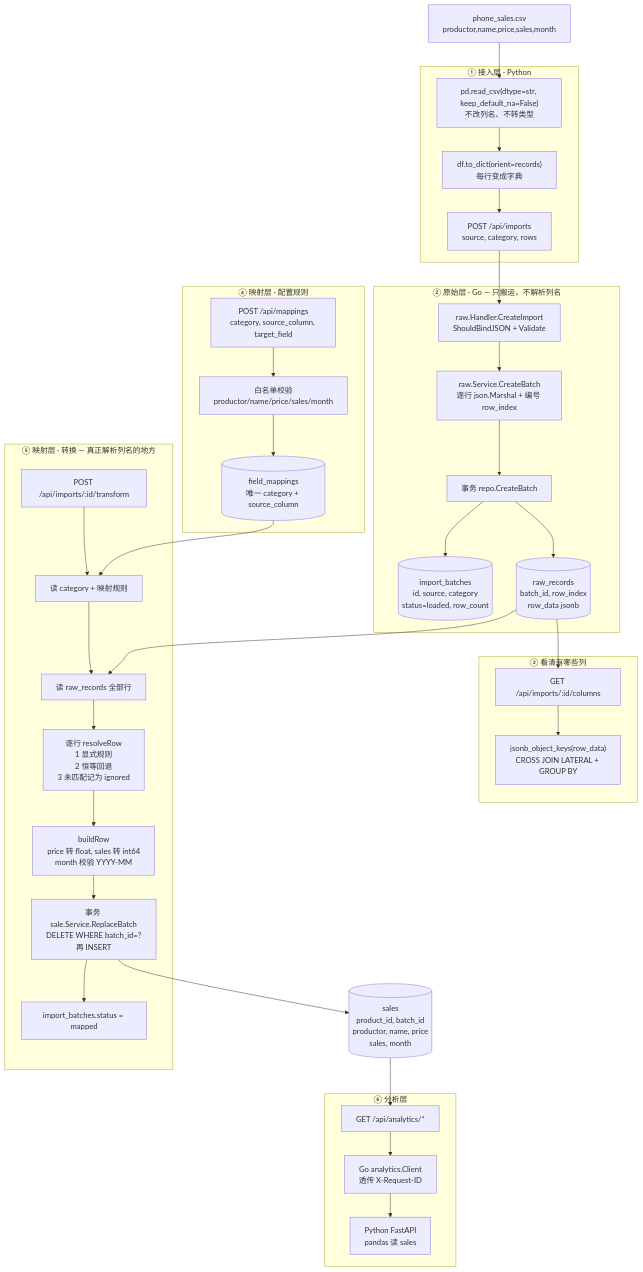
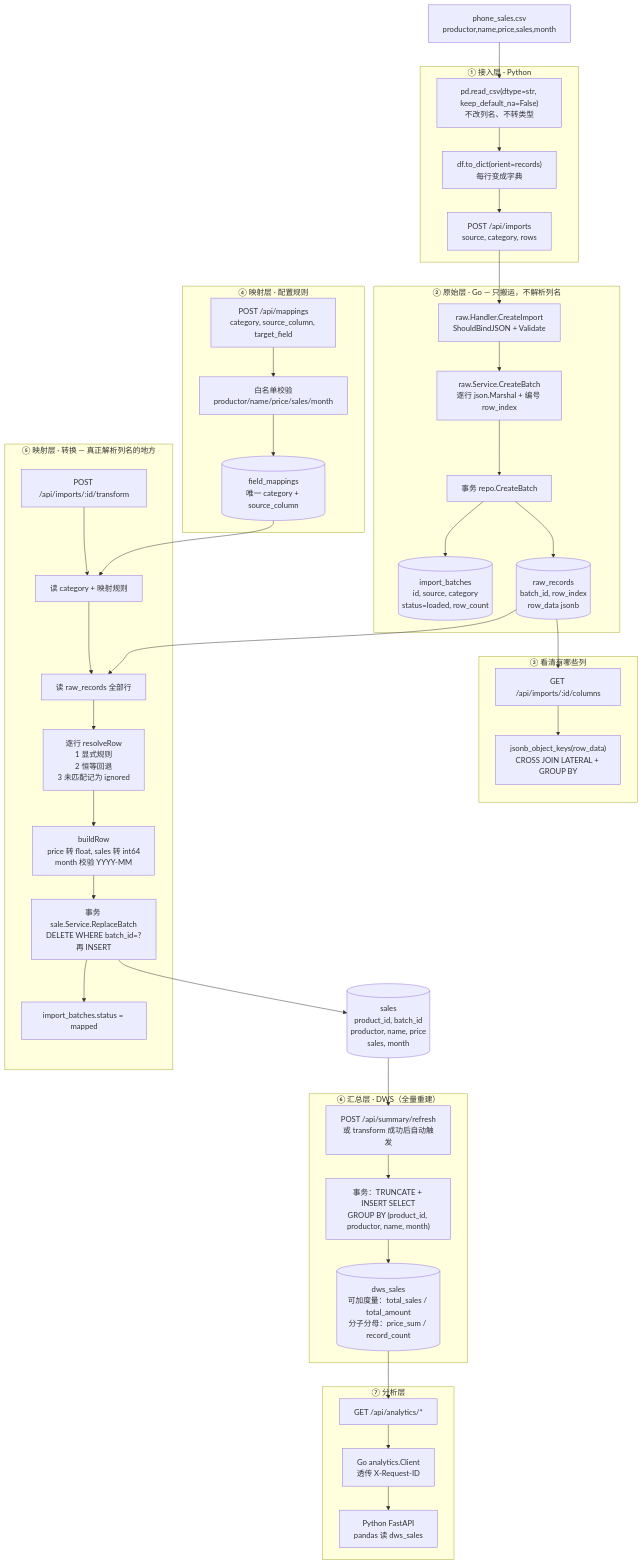
The second of 7 diagrams in docs/architecture.md (huql0605/pygo_product_manage_partform), drawn with Mermaid before and after one commit. The commit also changed other lines of this file and 7 other files, not shown here.

Commit message:
dws层加入，比较差异，更新架构图

````diff
--- a/docs/architecture.md
+++ b/docs/architecture.md
@@ -45,63 +48,71 @@
 ```mermaid
 flowchart TD
     CSV["phone_sales.csv<br/>productor,name,price,sales,month"]
 
     subgraph L1["① 接入层 · Python"]
         P1["pd.read_csv(dtype=str, keep_default_na=False)<br/>不改列名、不转类型"]
         P2["df.to_dict(orient=records)<br/>每行变成字典"]
         P3["POST /api/imports<br/>source, category, rows"]
         P1 --> P2 --> P3
     end
 
     subgraph L2["② 原始层 · Go — 只搬运，不解析列名"]
         R1["raw.Handler.CreateImport<br/>ShouldBindJSON + Validate"]
         R2["raw.Service.CreateBatch<br/>逐行 json.Marshal + 编号 row_index"]
         R3["事务 repo.CreateBatch"]
         B1[("import_batches<br/>id, source, category<br/>status=loaded, row_count")]
         B2[("raw_records<br/>batch_id, row_index<br/>row_data jsonb")]
         R1 --> R2 --> R3
         R3 --> B1
         R3 --> B2
     end
 
     subgraph L3["③ 看清有哪些列"]
         C1["GET /api/imports/:id/columns"]
         C2["jsonb_object_keys(row_data)<br/>CROSS JOIN LATERAL + GROUP BY"]
         C1 --> C2
     end
 
     subgraph L4["④ 映射层 · 配置规则"]
         M1["POST /api/mappings<br/>category, source_column, target_field"]
         M2["白名单校验<br/>productor/name/price/sales/month"]
         M3[("field_mappings<br/>唯一 category + source_column")]
         M1 --> M2 --> M3
     end
 
     subgraph L5["⑤ 映射层 · 转换 — 真正解析列名的地方"]
         T1["POST /api/imports/:id/transform"]
         T2["读 category + 映射规则"]
         T3["读 raw_records 全部行"]
         T4["逐行 resolveRow<br/>1 显式规则<br/>2 恒等回退<br/>3 未匹配记为 ignored"]
         T5["buildRow<br/>price 转 float, sales 转 int64<br/>month 校验 YYYY-MM"]
         T6["事务 sale.Service.ReplaceBatch<br/>DELETE WHERE batch_id=?<br/>再 INSERT"]
         T7["import_batches.status = mapped"]
         T1 --> T2 --> T3 --> T4 --> T5 --> T6 --> T7
     end
 
     SALES[("sales<br/>product_id, batch_id<br/>productor, name, price<br/>sales, month")]
 
-    subgraph L6["⑥ 分析层"]
+    subgraph L6["⑥ 汇总层 · DWS（全量重建）"]
+        W1["POST /api/summary/refresh<br/>或 transform 成功后自动触发"]
+        W2["事务：TRUNCATE + INSERT SELECT<br/>GROUP BY (product_id, productor, name, month)"]
+        W3[("dws_sales<br/>可加度量：total_sales / total_amount<br/>分子分母：price_sum / record_count")]
+        W1 --> W2 --> W3
+    end
+
+    subgraph L7["⑦ 分析层"]
         A1["GET /api/analytics/*"]
         A2["Go analytics.Client<br/>透传 X-Request-ID"]
-        A3["Python FastAPI<br/>pandas 读 sales"]
+        A3["Python FastAPI<br/>pandas 读 dws_sales"]
         A1 --> A2 --> A3
     end
 
     CSV --> P1
     P3 --> R1
     B2 --> C1
     B2 --> T3
     M3 --> T2
     T6 --> SALES
-    SALES --> A1
+    SALES --> W1
+    W3 --> A1
 ```
````
